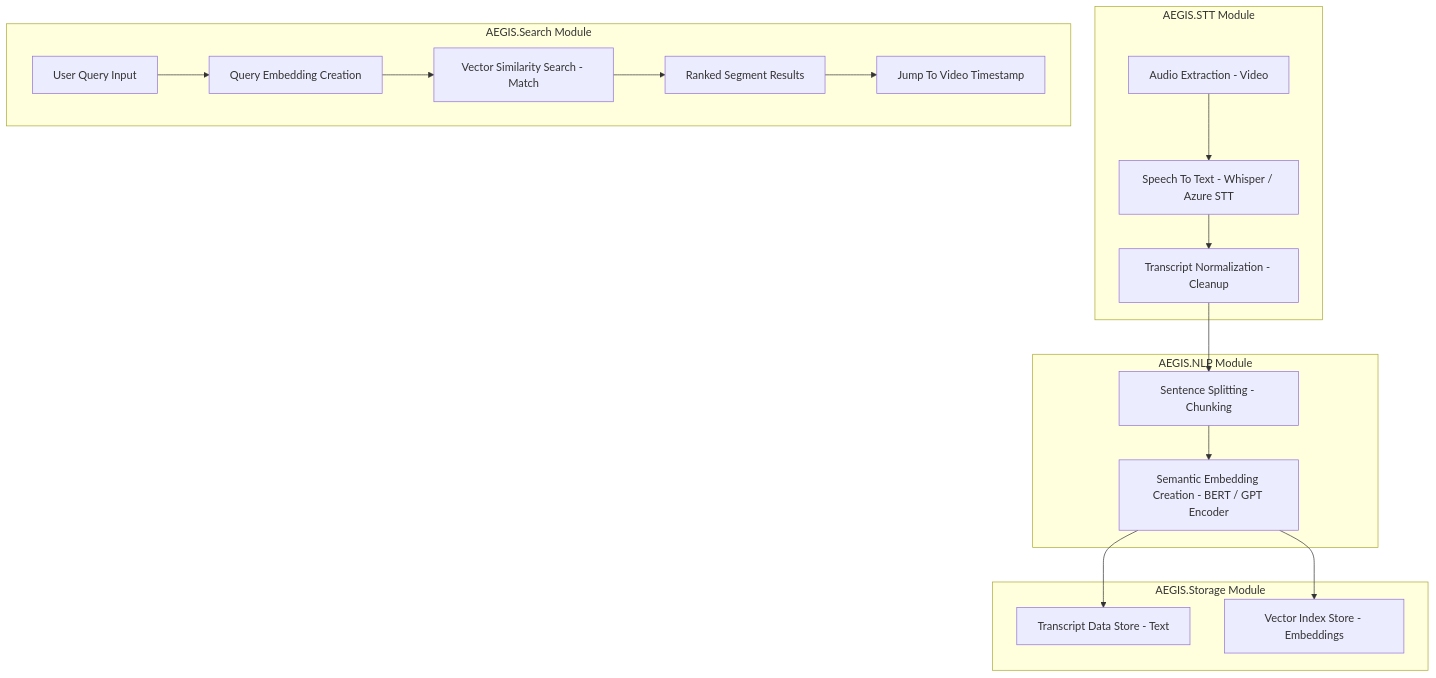
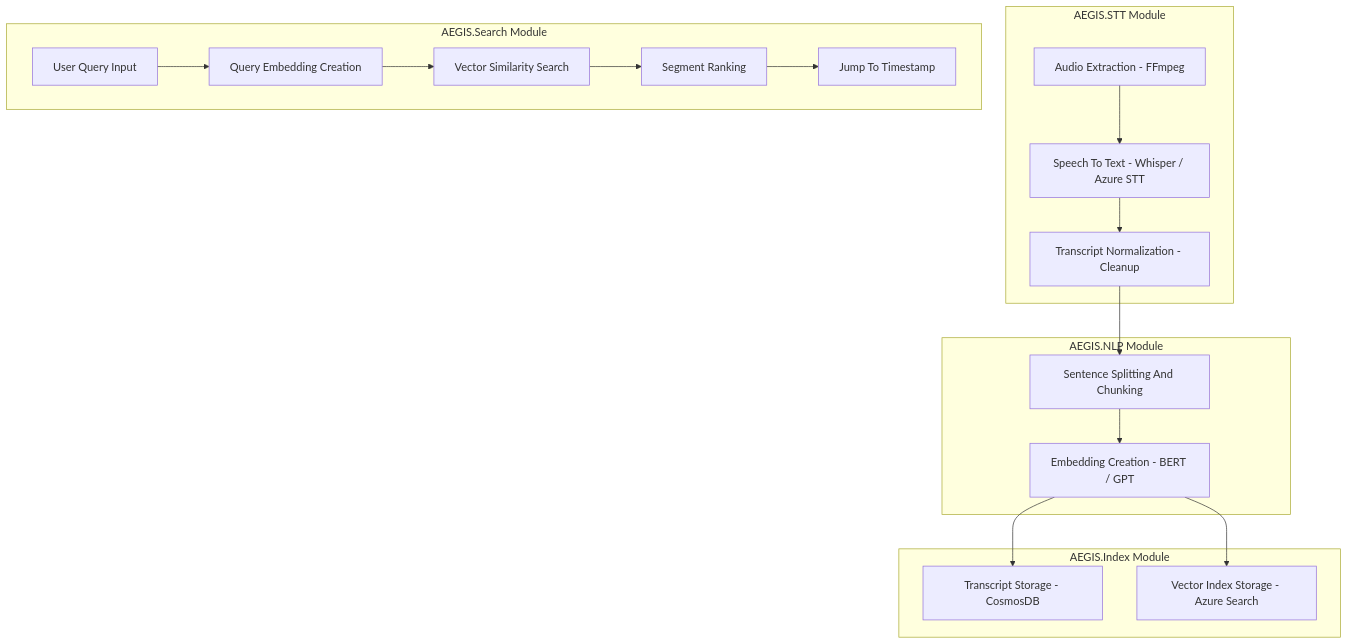
One commit to kishoredb/kishoredb-research changed the diagram in diagrams/aegis-architecture.md. Above: the diagram before and after it, drawn with Mermaid.

````diff
--- a/diagrams/aegis-architecture.md
+++ b/diagrams/aegis-architecture.md
@@ -1,33 +1,38 @@
 ```mermaid
 flowchart TD
 
+    %% AEGIS.STT
     subgraph STT [AEGIS.STT Module]
-        A1[Audio Extraction - Video]
+        A1[Audio Extraction - FFmpeg]
         A2[Speech To Text - Whisper / Azure STT]
         A3[Transcript Normalization - Cleanup]
     end
 
+    %% AEGIS.NLP
     subgraph NLP [AEGIS.NLP Module]
-        A4[Sentence Splitting - Chunking]
-        A5[Semantic Embedding Creation - BERT / GPT Encoder]
+        A4[Sentence Splitting And Chunking]
+        A5[Embedding Creation - BERT / GPT]
     end
 
-    subgraph STORAGE [AEGIS.Storage Module]
-        A6[Transcript Data Store - Text]
-        A7[Vector Index Store - Embeddings]
+    %% AEGIS.Index
+    subgraph INDEX [AEGIS.Index Module]
+        A6[Transcript Storage - CosmosDB]
+        A7[Vector Index Storage - Azure Search]
     end
 
+    %% AEGIS.Search
     subgraph SEARCH [AEGIS.Search Module]
         Q1[User Query Input]
         Q2[Query Embedding Creation]
-        Q3[Vector Similarity Search - Match]
-        Q4[Ranked Segment Results]
-        Q5[Jump To Video Timestamp]
+        Q3[Vector Similarity Search]
+        Q4[Segment Ranking]
+        Q5[Jump To Timestamp]
     end
 
+    %% Pipeline
     A1 --> A2 --> A3 --> A4 --> A5
     A5 --> A6
     A5 --> A7
 
     Q1 --> Q2 --> Q3 --> Q4 --> Q5
 ```
````
